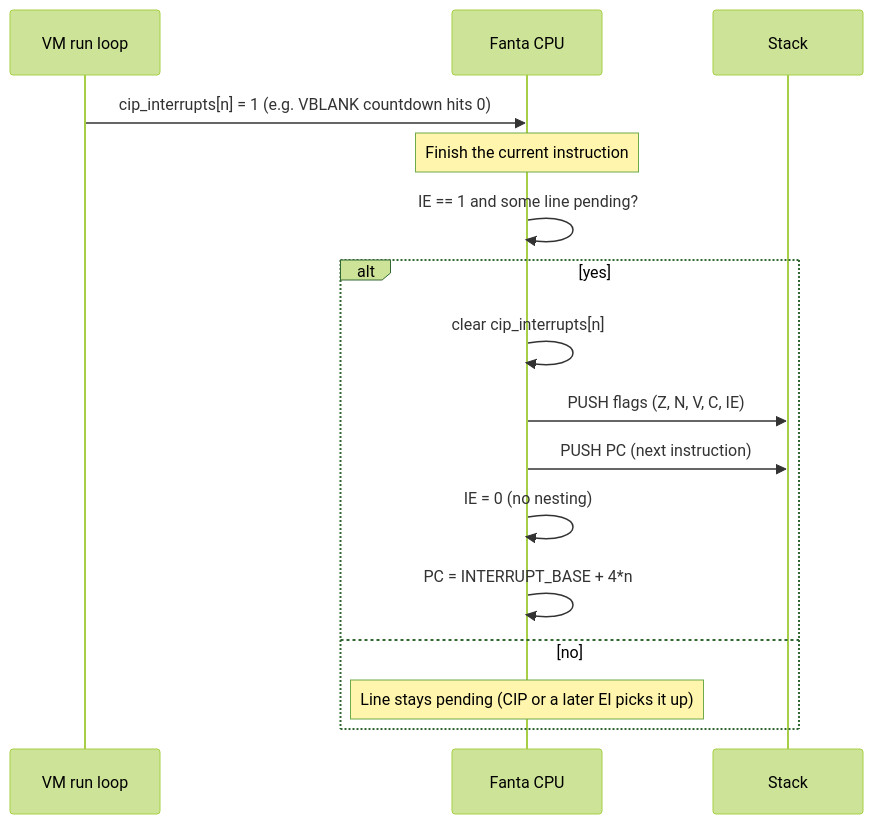
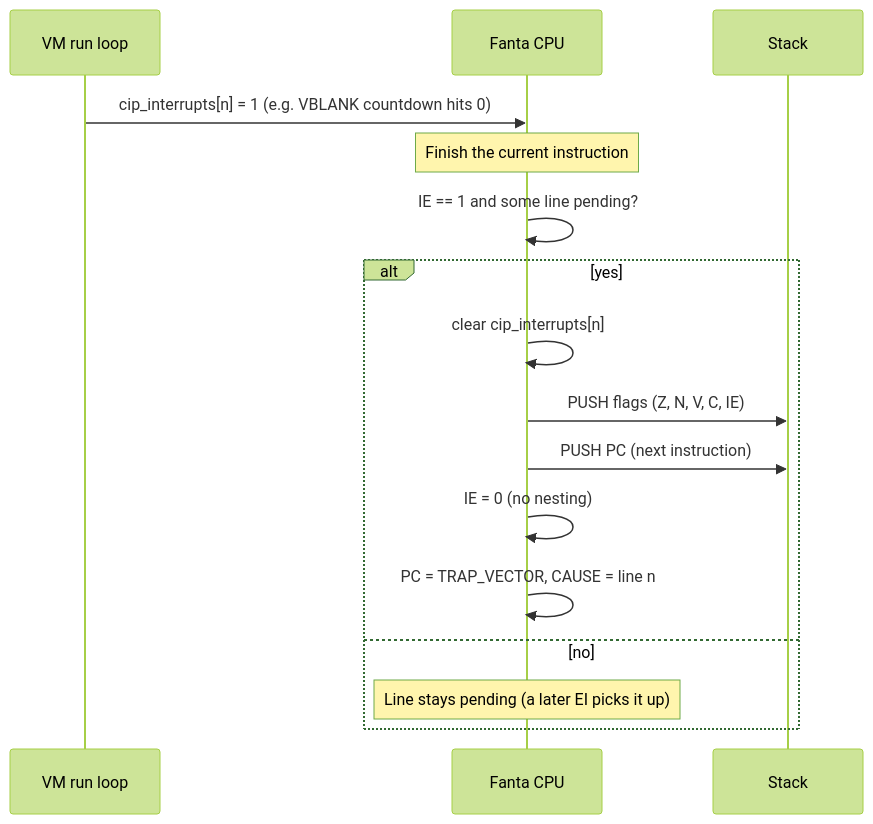
One commit to pjmicolet/fanta changed the diagram in docs/interrupts_proposal.md. Above: the diagram before and after it, drawn with Mermaid (forest theme). The commit also changed other lines of this file and 3 other files, not shown here.

````diff
--- a/docs/interrupts_proposal.md
+++ b/docs/interrupts_proposal.md
@@ -56,19 +57,19 @@
 ```mermaid
 sequenceDiagram
     participant VM as VM run loop
     participant CPU as Fanta CPU
     participant Stack as Stack
 
     VM->>CPU: cip_interrupts[n] = 1 (e.g. VBLANK countdown hits 0)
     Note over CPU: Finish the current instruction
     CPU->>CPU: IE == 1 and some line pending?
     alt yes
         CPU->>CPU: clear cip_interrupts[n]
         CPU->>Stack: PUSH flags (Z, N, V, C, IE)
         CPU->>Stack: PUSH PC (next instruction)
         CPU->>CPU: IE = 0 (no nesting)
-        CPU->>CPU: PC = INTERRUPT_BASE + 4*n
+        CPU->>CPU: PC = TRAP_VECTOR, CAUSE = line n
     else no
-        Note over CPU: Line stays pending (CIP or a later EI picks it up)
+        Note over CPU: Line stays pending (a later EI picks it up)
     end
 ```
````
